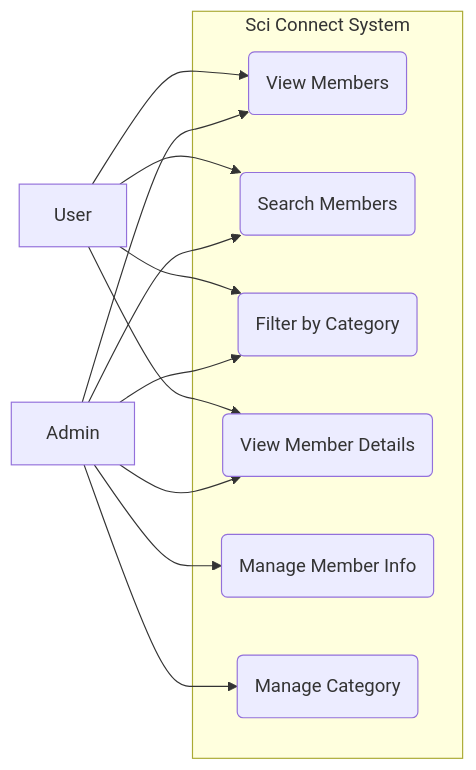
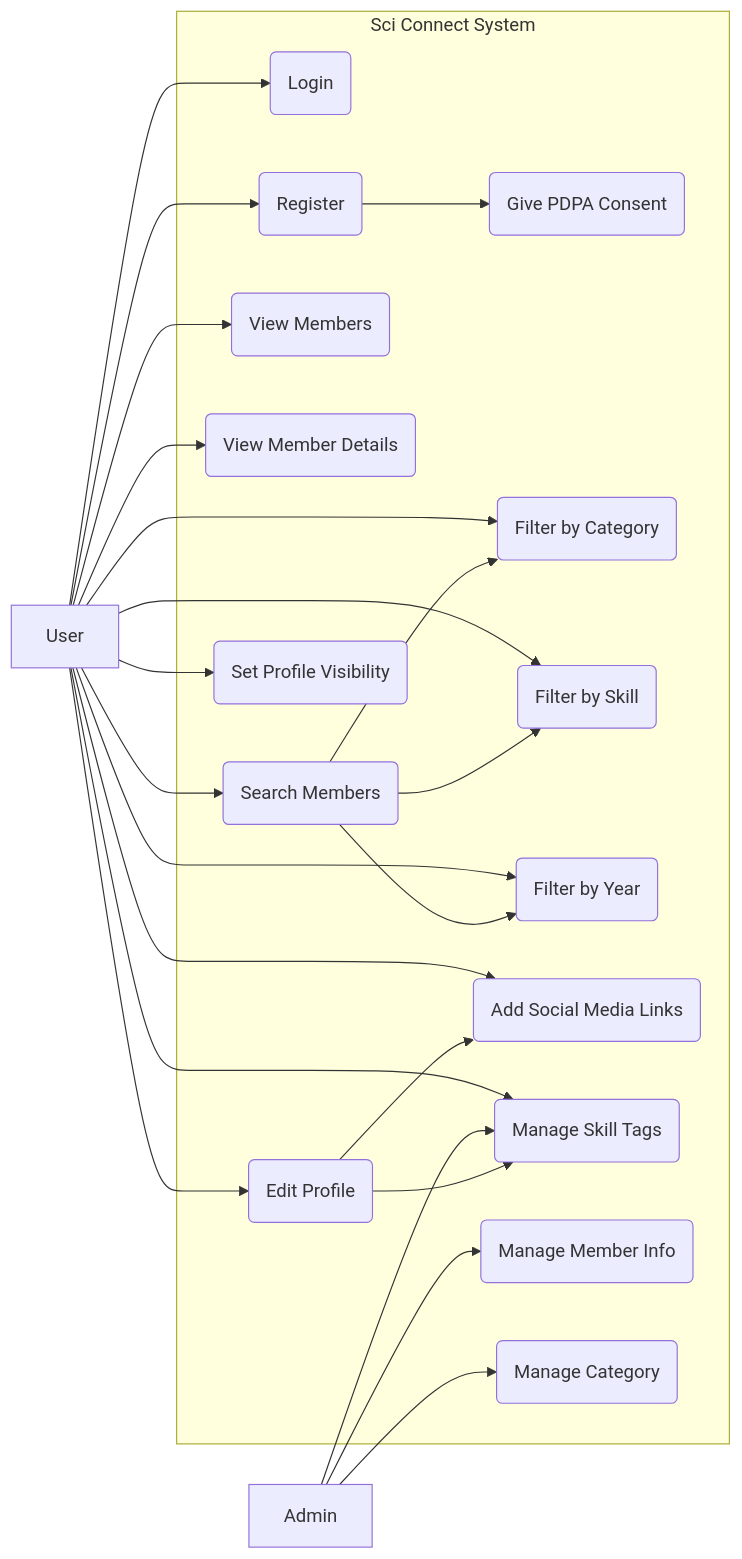
Before and after one commit to sirapopswu/sciconnect: the first of 2 diagrams in Phase2.md, drawn with Mermaid. The commit also changed other lines of this file, not shown here.

Commit message:
adding new use-case and architecture diagram

````diff
--- a/Phase2.md
+++ b/Phase2.md
@@ -70,27 +70,62 @@
 ```mermaid
 flowchart LR
 
 User[User]
 Admin[Admin]
 
 subgraph Sci_Connect_System["Sci Connect System"]
+
+    %% Auth
+    L(Login)
+    R(Register)
+    PDPA(Give PDPA Consent)
+
+    %% Core
     VM(View Members)
+    VD(View Member Details)
+
+    %% Search & Filter
     SM(Search Members)
     FC(Filter by Category)
-    VD(View Member Details)
+    FS(Filter by Skill)
+    FY(Filter by Year)
+
+    %% Profile
+    EP(Edit Profile)
+    SP(Set Profile Visibility)
+    SL(Add Social Media Links)
+    ST(Manage Skill Tags)
+
+    %% Admin
     MM(Manage Member Info)
     MC(Manage Category)
+
 end
 
+%% User
+User --> L
+User --> R
 User --> VM
 User --> SM
 User --> FC
+User --> FS
+User --> FY
 User --> VD
+User --> EP
+User --> SP
+User --> SL
+User --> ST
 
+%% Admin
 Admin --> MM
 Admin --> MC
-Admin --> VM
-Admin --> SM
-Admin --> FC
-Admin --> VD
+Admin --> ST
+
+%% Relationships
+R --> PDPA
+SM --> FC
+SM --> FS
+SM --> FY
+EP --> SL
+EP --> ST
 ```
````
